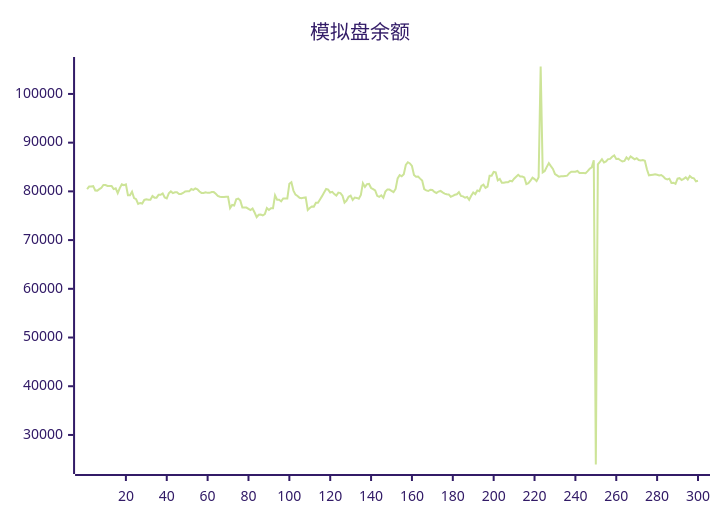
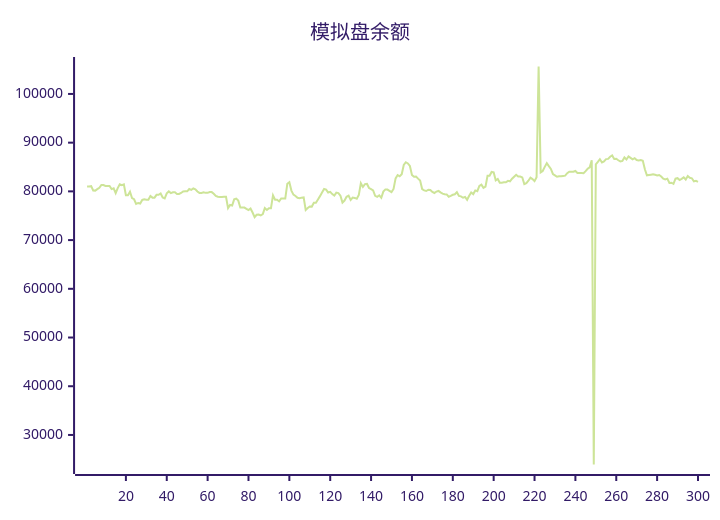
One commit to aahl/ai-trading changed the diagram in README.md. Above: the diagram before and after it, drawn with Mermaid (forest theme). The commit also changed other lines of this file and 1 other file, not shown here.

````diff
--- a/README.md
+++ b/README.md
@@ -5,5 +5,5 @@
 ```mermaid
 xychart
     title "模拟盘余额"
-    line [80468,80989,80989,81067,80191,80155,80450,80737,81309,81309,81106,81119,81119,80471,80631,79624,80670,81448,81290,81429,79212,79222,79940,78643,78380,77432,77623,77504,78235,78358,78284,78277,79048,78714,78714,79290,79308,79567,78763,78563,79603,79988,79652,79813,79813,79476,79469,79673,79995,80015,80015,80486,80314,80600,80436,79966,79689,79689,79819,79692,79692,79850,79850,79518,79071,78889,78850,78850,78878,78878,76554,77202,77103,78357,78510,78106,76678,76677,76672,76411,76159,76485,75656,74695,75197,75246,75052,75334,76564,76179,76553,76551,79196,78300,78300,77944,78531,78531,78521,81564,81884,80160,79335,79055,78675,78580,78708,78764,76179,76586,76902,76876,77658,77669,78346,79023,79769,80497,80366,79761,79896,79448,79126,79749,79658,79097,77695,78114,78888,79126,78249,78738,78653,78478,79271,81680,80923,81488,81527,80681,80455,80190,79084,78879,79193,78686,79954,80403,80374,80118,79848,80491,82665,83351,83098,83525,85430,85983,85737,85221,83378,83014,83043,82613,82216,80477,80208,80081,80348,80277,79894,79670,79965,80093,79786,79542,79406,79371,78893,79087,79304,79406,79841,79072,78978,78696,78846,78272,79085,79787,79442,80198,80031,81120,81379,80718,80985,83214,83212,83993,83921,82270,82547,81776,81776,81866,81866,82158,82061,82596,83000,83408,83041,83050,82858,81503,81691,82188,82812,82517,82092,82901,105633,83898,84180,85030,85781,85178,84604,83569,83298,83008,83093,83107,83175,83228,83729,84025,84017,84019,84177,83775,83762,83785,83738,84160,84639,84939,86370,23934,85548,86046,86599,85942,86161,86622,86664,87115,87369,86666,86685,86384,86152,86243,86969,86548,87164,86885,86566,86809,86427,86348,86417,86273,84538,83299,83369,83430,83490,83404,83270,83362,83056,82605,82459,82614,81734,81788,81551,82598,82702,82320,82580,82878,82426,83139,82778,82686,82056,82166]
+    line [80989,80989,81067,80191,80155,80450,80737,81309,81309,81106,81119,81119,80471,80631,79624,80670,81448,81290,81429,79212,79222,79940,78643,78380,77432,77623,77504,78235,78358,78284,78277,79048,78714,78714,79290,79308,79567,78763,78563,79603,79988,79652,79813,79813,79476,79469,79673,79995,80015,80015,80486,80314,80600,80436,79966,79689,79689,79819,79692,79692,79850,79850,79518,79071,78889,78850,78850,78878,78878,76554,77202,77103,78357,78510,78106,76678,76677,76672,76411,76159,76485,75656,74695,75197,75246,75052,75334,76564,76179,76553,76551,79196,78300,78300,77944,78531,78531,78521,81564,81884,80160,79335,79055,78675,78580,78708,78764,76179,76586,76902,76876,77658,77669,78346,79023,79769,80497,80366,79761,79896,79448,79126,79749,79658,79097,77695,78114,78888,79126,78249,78738,78653,78478,79271,81680,80923,81488,81527,80681,80455,80190,79084,78879,79193,78686,79954,80403,80374,80118,79848,80491,82665,83351,83098,83525,85430,85983,85737,85221,83378,83014,83043,82613,82216,80477,80208,80081,80348,80277,79894,79670,79965,80093,79786,79542,79406,79371,78893,79087,79304,79406,79841,79072,78978,78696,78846,78272,79085,79787,79442,80198,80031,81120,81379,80718,80985,83214,83212,83993,83921,82270,82547,81776,81776,81866,81866,82158,82061,82596,83000,83408,83041,83050,82858,81503,81691,82188,82812,82517,82092,82901,105633,83898,84180,85030,85781,85178,84604,83569,83298,83008,83093,83107,83175,83228,83729,84025,84017,84019,84177,83775,83762,83785,83738,84160,84639,84939,86370,23934,85548,86046,86599,85942,86161,86622,86664,87115,87369,86666,86685,86384,86152,86243,86969,86548,87164,86885,86566,86809,86427,86348,86417,86273,84538,83299,83369,83430,83490,83404,83270,83362,83056,82605,82459,82614,81734,81788,81551,82598,82702,82320,82580,82878,82426,83139,82778,82686,82056,82166,81963]
 ```
````
